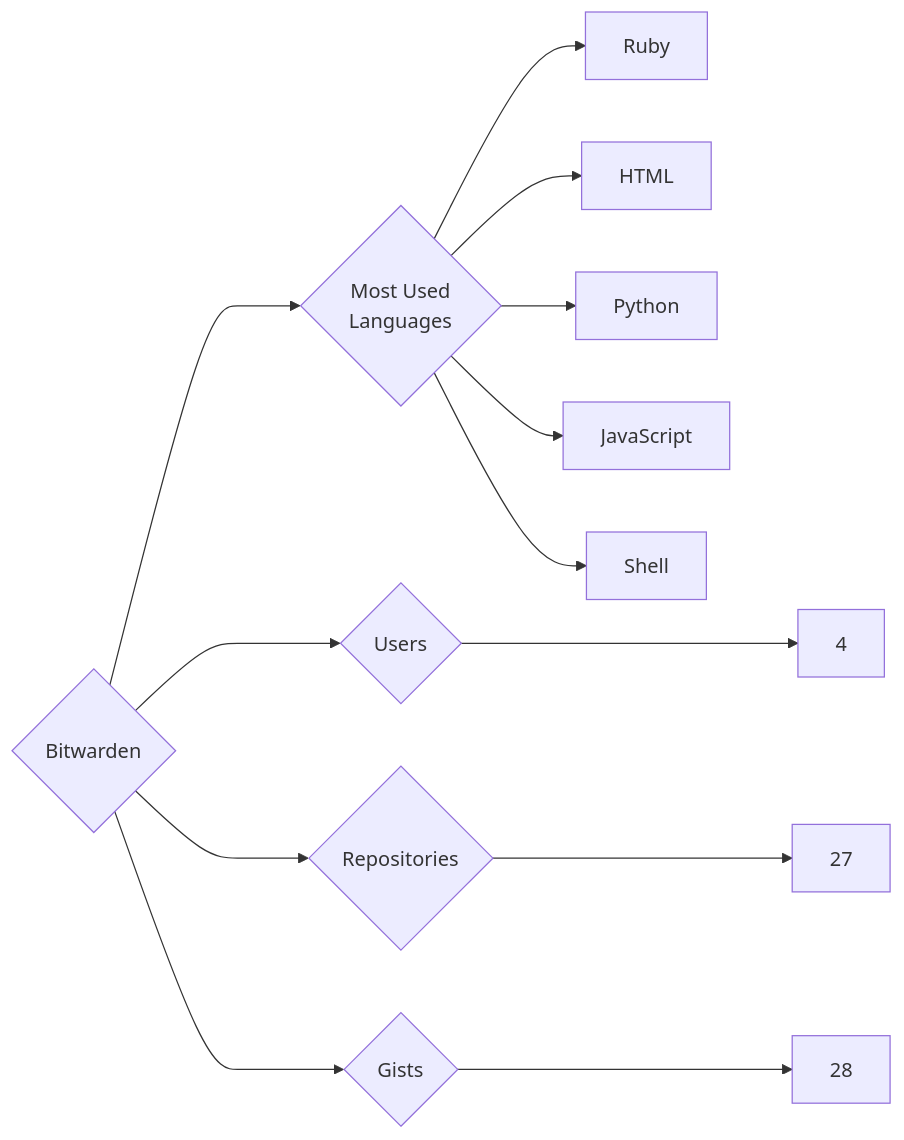
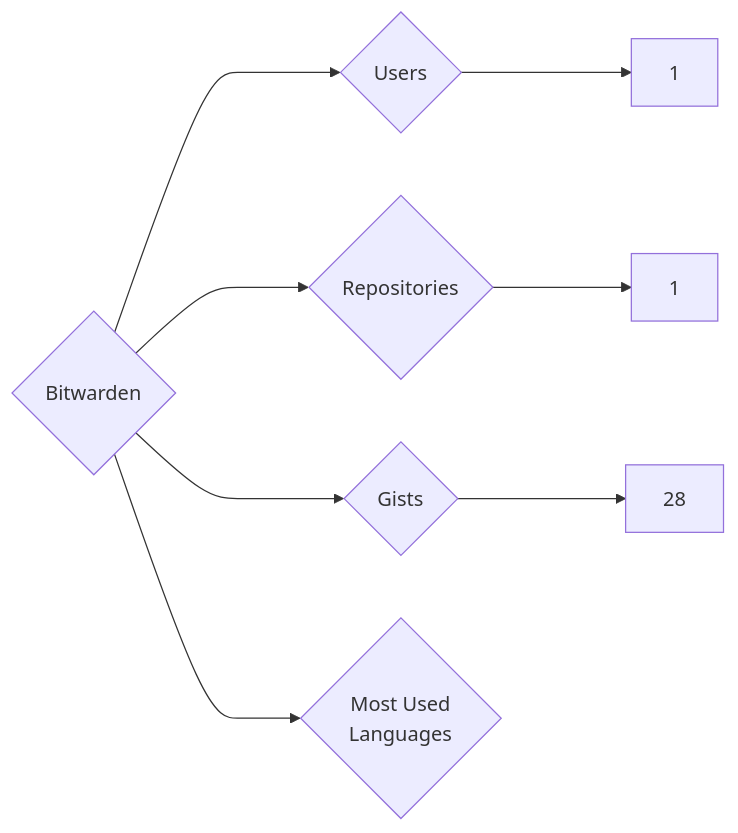
The diagram in targets/Bitwarden/README.md (trickest/insiders), drawn with Mermaid before and after one commit. The commit also changed 933 other files, not shown here.

````diff
--- a/targets/Bitwarden/README.md
+++ b/targets/Bitwarden/README.md
@@ -3,13 +3,8 @@
 ```mermaid
 graph LR
 COMPANY_NAME{Bitwarden}
-COMPANY_NAME ---> U{Users} ---> UN[4]
-COMPANY_NAME ---> R{Repositories} ---> RN[27]
+COMPANY_NAME ---> U{Users} ---> UN[1]
+COMPANY_NAME ---> R{Repositories} ---> RN[1]
 COMPANY_NAME ---> G{Gists} ---> GN[28]
 COMPANY_NAME ---> ML{Most Used<br>Languages}
-ML --> Ruby[Ruby]
-ML --> HTML[HTML]
-ML --> Python[Python]
-ML --> JavaScript[JavaScript]
-ML --> Shell[Shell]
 ```
````
